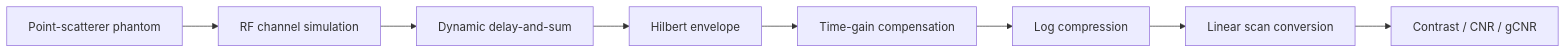
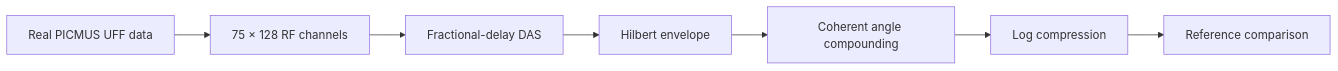
One commit to bekiroruk/ultrasound-bmode-lab changed the diagram in README.md. Above: the diagram before and after it, drawn with Mermaid. The commit also changed other lines of this file and 12 other files, not shown here.

Commit message:
feat: reconstruct real PICMUS carotid channel data

````diff
--- a/README.md
+++ b/README.md
@@ -21,10 +22,9 @@
 ```mermaid
 flowchart LR
-    A[Point-scatterer phantom] --> B[RF channel simulation]
-    B --> C[Dynamic delay-and-sum]
+    A[Real PICMUS UFF data] --> B[75 × 128 RF channels]
+    B --> C[Fractional-delay DAS]
     C --> D[Hilbert envelope]
-    D --> E[Time-gain compensation]
+    D --> E[Coherent angle compounding]
     E --> F[Log compression]
-    F --> G[Linear scan conversion]
-    G --> H[Contrast / CNR / gCNR]
+    F --> G[Reference comparison]
 ```
````
